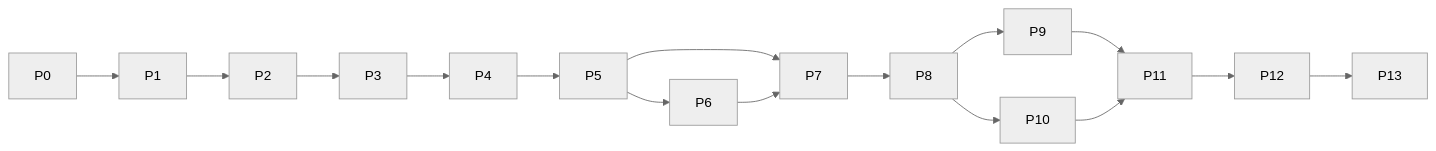
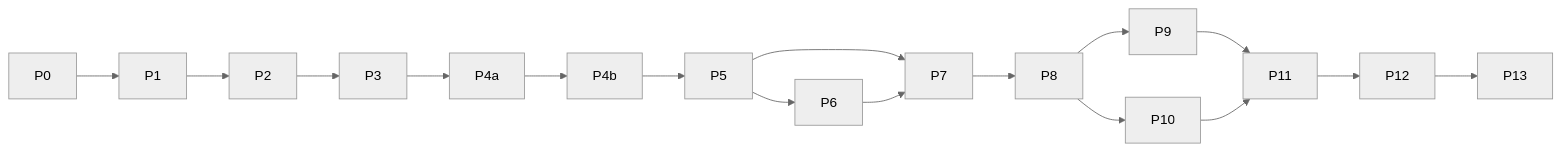
One commit to sukruertem-dev/Runvara-CRM changed the diagram in docs/phase-plan.md. Above: the diagram before and after it, drawn with Mermaid (neutral theme). The commit also changed other lines of this file and 35 other files, not shown here.

````diff
--- a/docs/phase-plan.md
+++ b/docs/phase-plan.md
@@ -27,11 +28,11 @@
 ```mermaid
 flowchart LR
-  P0 --> P1 --> P2 --> P3 --> P4 --> P5 --> P6
+  P0 --> P1 --> P2 --> P3 --> P4a --> P4b --> P5 --> P6
   P5 --> P7
   P6 --> P7 --> P8
   P8 --> P9
   P8 --> P10
   P9 --> P11
   P10 --> P11
   P11 --> P12 --> P13
 ```
````
